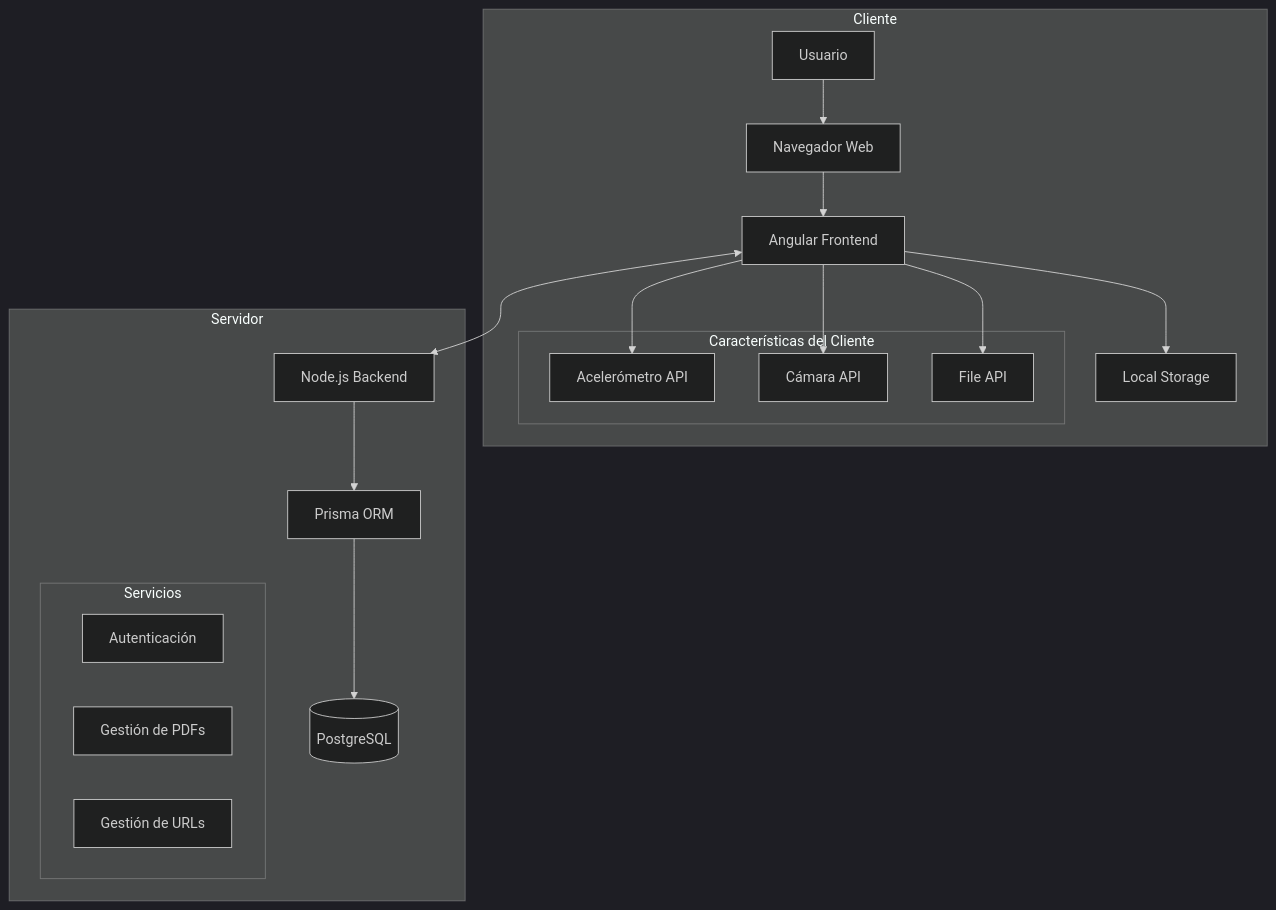
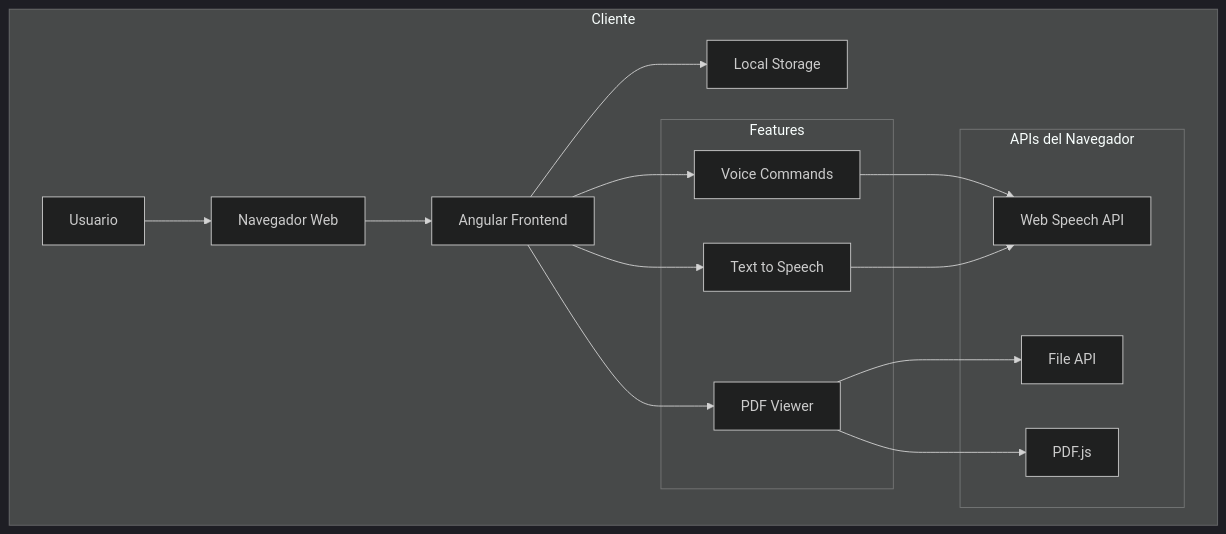
One commit to lgeronimo/AI4Devs-finalproject changed the first of 2 diagrams in finalproject-LAGV/docs/template.md. Above: the diagram before and after it, drawn with Mermaid (dark theme). The commit also changed other lines of this file, not shown here.

````diff
--- a/finalproject-LAGV/docs/template.md
+++ b/finalproject-LAGV/docs/template.md
@@ -80,30 +103,28 @@
 ```mermaid
 graph TB
     subgraph Cliente
         A[Usuario] --> B[Navegador Web]
         B --> C[Angular Frontend]
         C --> D[Local Storage]
         
-        subgraph Características del Cliente
-            E[Acelerómetro API]
-            F[Cámara API]
-            G[File API]
+        subgraph Features
+            H[PDF Viewer]
+            I[Voice Commands]
+            J[Text to Speech]
+        end
+
+        subgraph APIs del Navegador
+            E[Web Speech API]
+            F[File API]
+            G[PDF.js]
         end
     end
 
-    subgraph Servidor
-        H[Node.js Backend] --> I[Prisma ORM]
-        I --> J[(PostgreSQL)]
-        
-        subgraph Servicios
-            K[Autenticación]
-            L[Gestión de PDFs]
-            M[Gestión de URLs]
-        end
-    end
-
-    C <--> H
-    C --> E
-    C --> F
-    C --> G
+    C --> H
+    C --> I
+    C --> J
+    I --> E
+    J --> E
+    H --> F
+    H --> G
 ```
````
